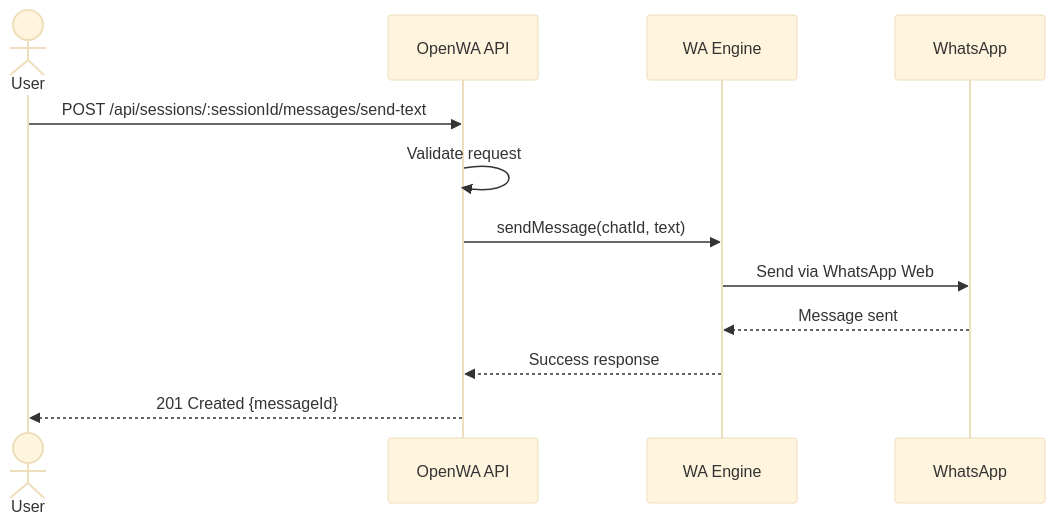
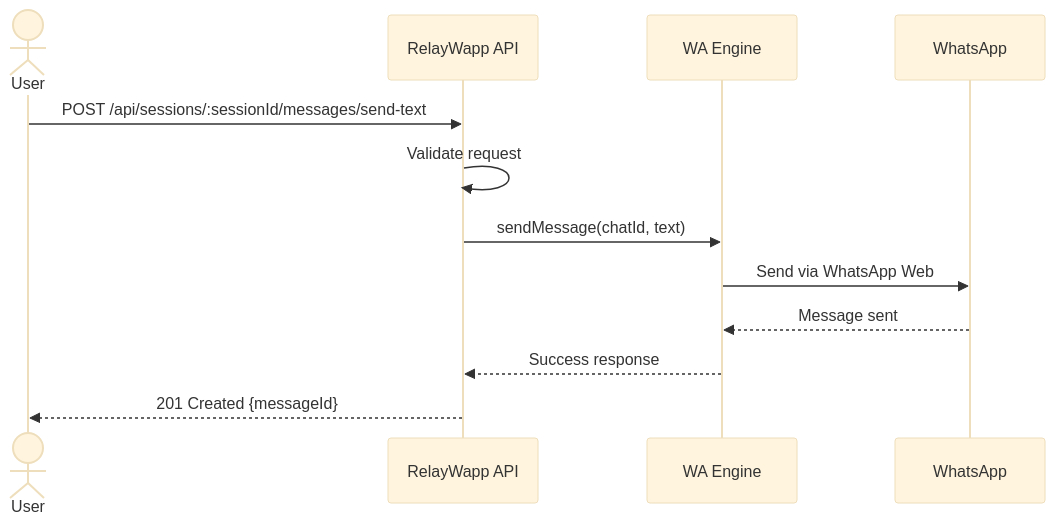
One commit to FaisalKabirGalib/whitelabel-whatsapp-gateway changed diagram 11 of 13 in docs/02-requirements-specification.md. Above: the diagram before and after it, drawn with Mermaid (base theme). The commit also changed other lines of this file and 51 other files, not shown here.

Commit message:
docs: rebrand documentation for RelayWapp

````diff
--- a/docs/02-requirements-specification.md
+++ b/docs/02-requirements-specification.md
@@ -378,15 +378,15 @@
 ```mermaid
 sequenceDiagram
     actor User
-    participant API as OpenWA API
+    participant API as RelayWapp API
     participant Engine as WA Engine
     participant WA as WhatsApp
 
     User->>API: POST /api/sessions/:sessionId/messages/send-text
     API->>API: Validate request
     API->>Engine: sendMessage(chatId, text)
     Engine->>WA: Send via WhatsApp Web
     WA-->>Engine: Message sent
     Engine-->>API: Success response
     API-->>User: 201 Created {messageId}
 ```
````
